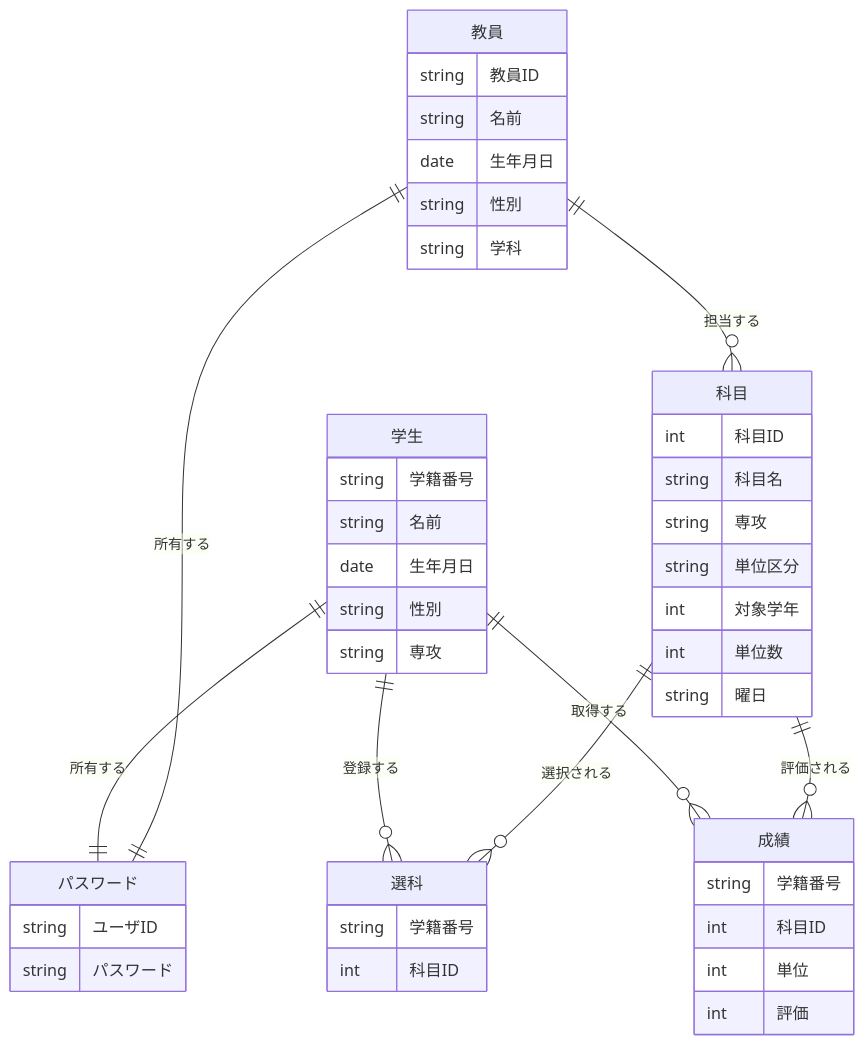
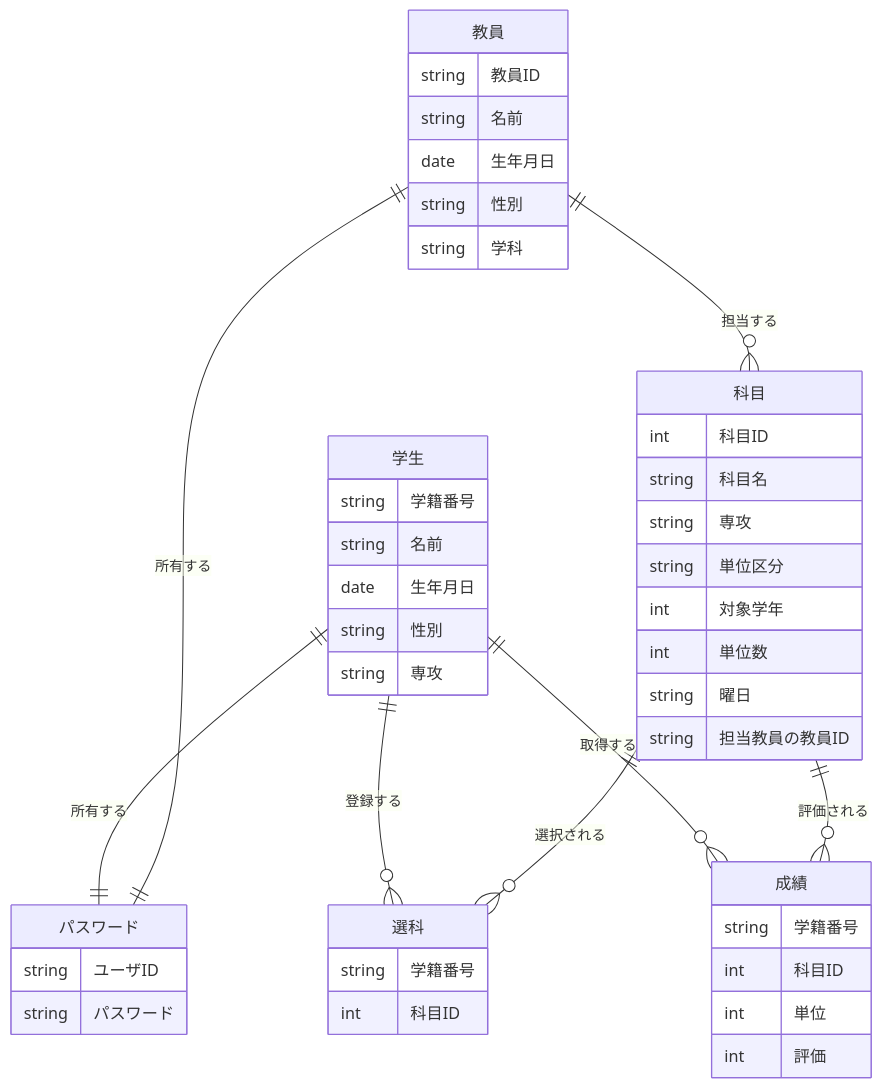
One commit to OOP2-2025-final-G03/StuMnagerSys changed the diagram in 最終課題.md. Above: the diagram before and after it, drawn with Mermaid.

````diff
--- a/最終課題.md
+++ b/最終課題.md
@@ -27,56 +27,57 @@
 ```mermaid
 erDiagram
     学生 ||--|| パスワード : 所有する
     教員 ||--|| パスワード : 所有する
 
     学生 ||--o{ 選科 : 登録する
     科目 ||--o{ 選科 : 選択される
 
     学生 ||--o{ 成績 : 取得する
     科目 ||--o{ 成績 : 評価される
 
     教員 ||--o{ 科目 : 担当する
 
     学生 {
         string 学籍番号
         string 名前
         date 生年月日
         string 性別
         string 専攻
     }
 
     教員 {
         string 教員ID
         string 名前
         date 生年月日
         string 性別
         string 学科
     }
 
     パスワード {
         string ユーザID
         string パスワード
     }
 
     科目 {
         int 科目ID
         string 科目名
         string 専攻
         string 単位区分
         int 対象学年
         int 単位数
         string 曜日
+        string 担当教員の教員ID
     }
 
     選科 {
         string 学籍番号
         int 科目ID
     }
 
     成績 {
         string 学籍番号
         int 科目ID
         int 単位
         int 評価
     }
 ```
````
